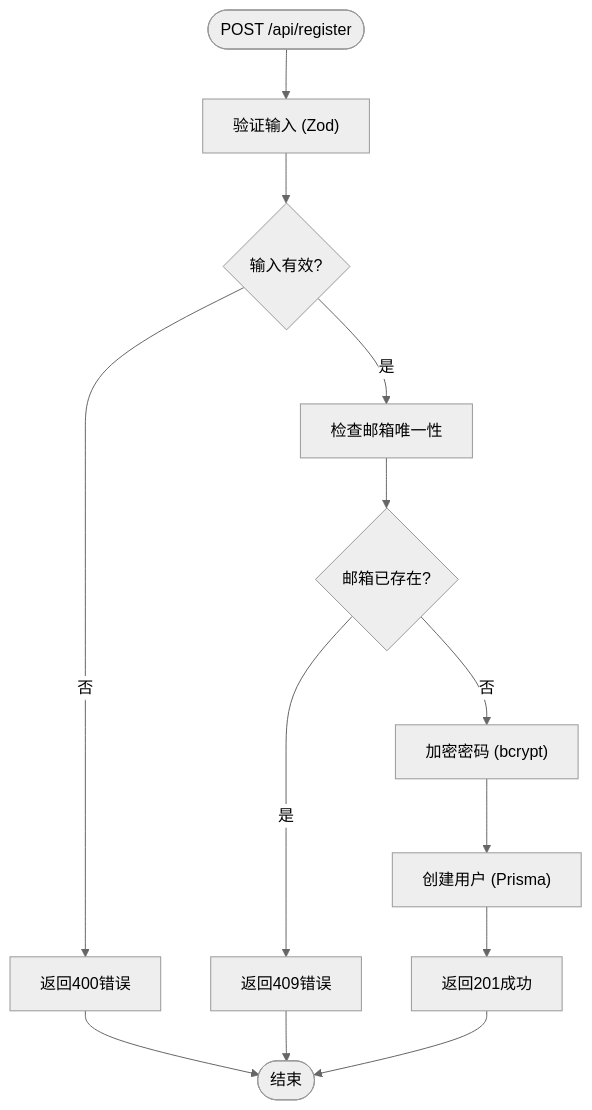
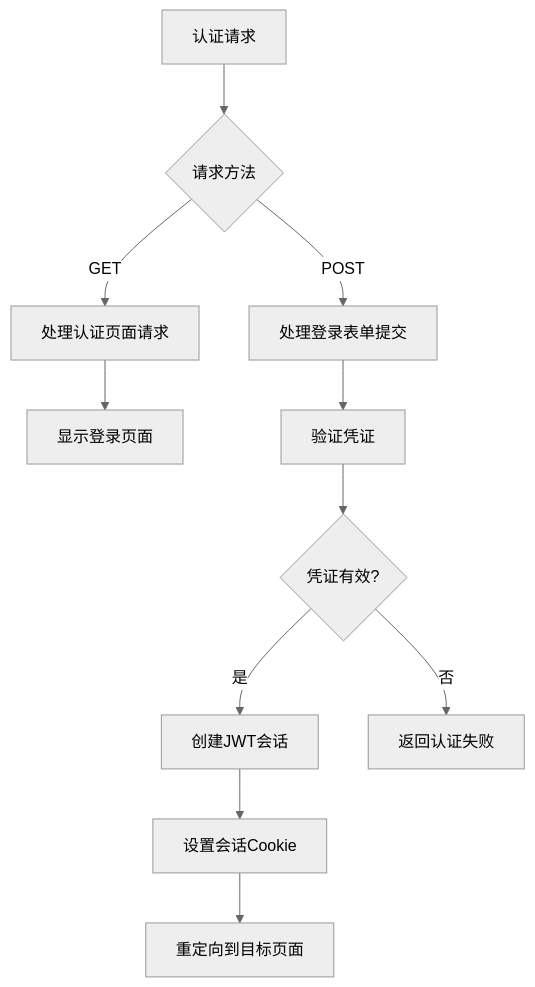
One commit to Eyre921/yunqi changed the second of 2 diagrams in .qoder/repowiki/zh/content/API参考/认证API.md. Above: the diagram before and after it, drawn with Mermaid (neutral theme). The commit also changed other lines of this file and 24 other files, not shown here.

````diff
--- a/.qoder/repowiki/zh/content/API参考/认证API.md
+++ b/.qoder/repowiki/zh/content/API参考/认证API.md
@@ -152,15 +116,13 @@
 ```mermaid
 flowchart TD
-Start([POST /api/register]) --> ValidateInput["验证输入 (Zod)"]
-ValidateInput --> InputValid{"输入有效?"}
-InputValid --> |否| Return400["返回400错误"]
-InputValid --> |是| CheckEmail["检查邮箱唯一性"]
-CheckEmail --> EmailExists{"邮箱已存在?"}
-EmailExists --> |是| Return409["返回409错误"]
-EmailExists --> |否| HashPassword["加密密码 (bcrypt)"]
-HashPassword --> CreateUser["创建用户 (Prisma)"]
-CreateUser --> Return201["返回201成功"]
-Return400 --> End([结束])
-Return409 --> End
-Return201 --> End
+A["认证请求"] --> B{请求方法}
+B --> |GET| C["处理认证页面请求"]
+B --> |POST| D["处理登录表单提交"]
+C --> E["显示登录页面"]
+D --> F["验证凭证"]
+F --> G{凭证有效?}
+G --> |是| H["创建JWT会话"]
+G --> |否| I["返回认证失败"]
+H --> J["设置会话Cookie"]
+J --> K["重定向到目标页面"]
 ```
````
